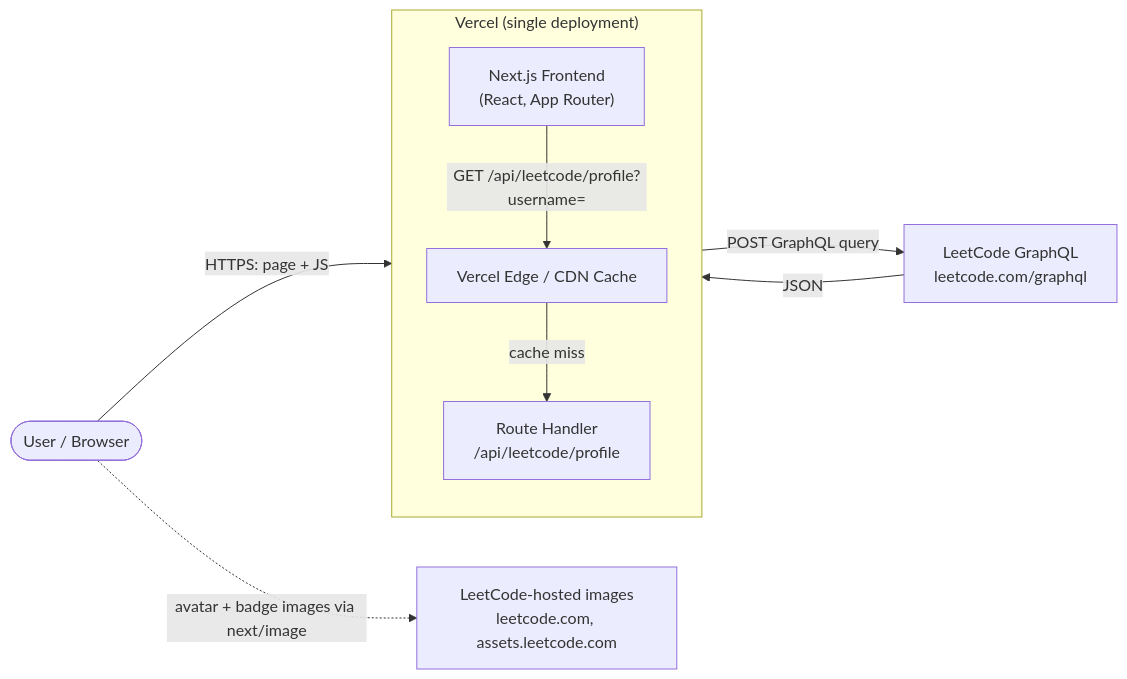
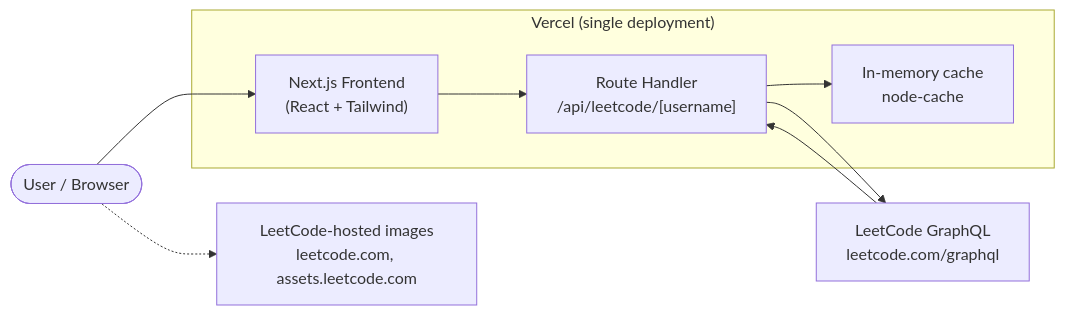
Before and after one commit to AritraC1/LeetInsight: the second of 5 diagrams in README.md, drawn with Mermaid. The commit also changed other lines of this file, not shown here.

````diff
--- a/README.md
+++ b/README.md
@@ -276,19 +249,18 @@
 ```mermaid
 flowchart LR
     User([User / Browser])
     subgraph Vercel["Vercel (single deployment)"]
-        direction TB
-        FE["Next.js Frontend<br/>(React, App Router)"]
-        BE["Route Handler<br/>/api/leetcode/profile"]
-        CDN["Vercel Edge / CDN Cache"]
+        FE["Next.js Frontend<br/>(React + Tailwind)"]
+        API["Route Handler<br/>/api/leetcode/[username]"]
+        CACHE["In-memory cache<br/>node-cache"]
     end
     LC["LeetCode GraphQL<br/>leetcode.com/graphql"]
     IMG["LeetCode-hosted images<br/>leetcode.com, assets.leetcode.com"]
 
-    User -->|"HTTPS: page + JS"| FE
-    FE -->|"GET /api/leetcode/profile?username="| CDN
-    CDN -->|"cache miss"| BE
-    BE -->|"POST GraphQL query"| LC
-    LC -->|"JSON"| BE
-    User -.->|"avatar + badge images via next/image"| IMG
+    User --> FE
+    FE --> API
+    API --> CACHE
+    API --> LC
+    LC --> API
+    User -.-> IMG
 ```
````
